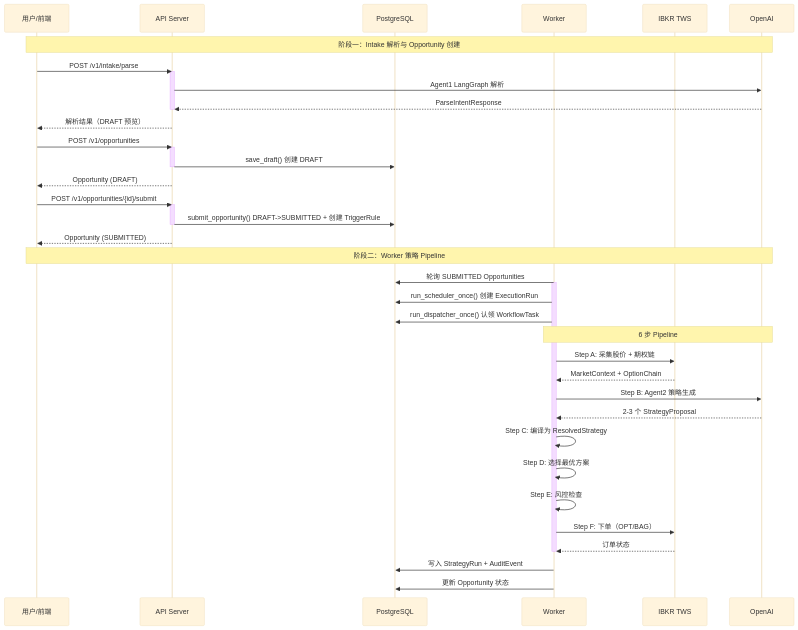
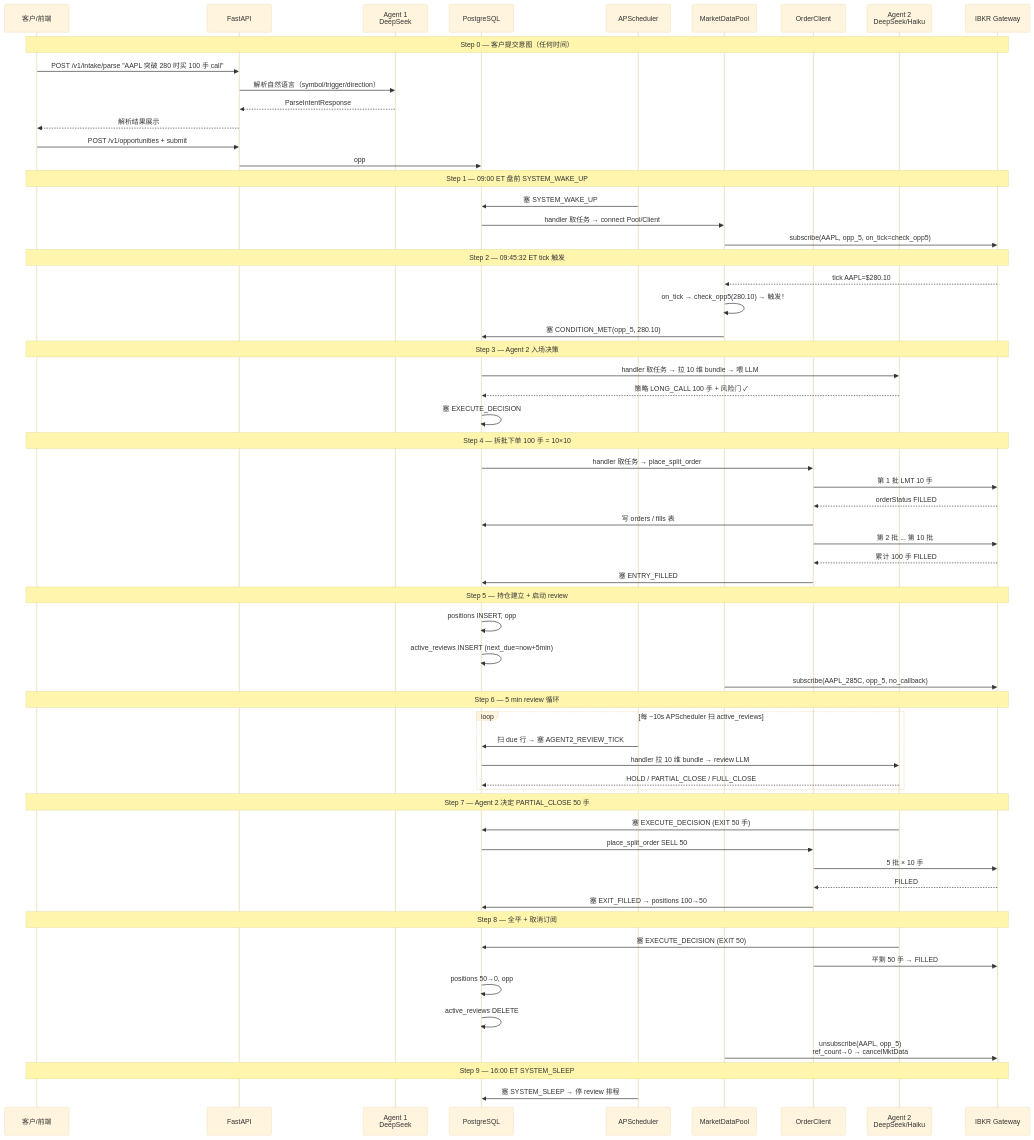
One commit to ChunmiaoYu/Projects-Wiki changed the second of 2 diagrams in docs/options-trader/02_architecture.md. Above: the diagram before and after it, drawn with Mermaid (base theme). The commit also changed other lines of this file and 8 other files, not shown here.

````diff
--- a/docs/options-trader/02_architecture.md
+++ b/docs/options-trader/02_architecture.md
@@ -160,56 +290,73 @@
 ```mermaid
 sequenceDiagram
-    participant U as 用户/前端
-    participant API as API Server
+    participant U as 客户/前端
+    participant API as FastAPI
+    participant A1 as Agent 1<br/>DeepSeek
     participant DB as PostgreSQL
-    participant W as Worker
-    participant IBKR as IBKR TWS
-    participant AI as OpenAI
+    participant APS as APScheduler
+    participant MDP as MarketDataPool
+    participant OC as OrderClient
+    participant A2 as Agent 2<br/>DeepSeek/Haiku
+    participant IBKR as IBKR Gateway
 
-    Note over U,AI: 阶段一：Intake 解析与 Opportunity 创建
+    Note over U,IBKR: Step 0 — 客户提交意图（任何时间）
+    U->>API: POST /v1/intake/parse "AAPL 突破 280 时买 100 手 call"
+    API->>A1: 解析自然语言（symbol/trigger/direction）
+    A1-->>API: ParseIntentResponse
+    API-->>U: 解析结果展示
+    U->>API: POST /v1/opportunities + submit
+    API->>DB: opp #5 INSERT (status=ACTIVE_MONITORING)
 
-    U->>API: POST /v1/intake/parse
-    activate API
-    API->>AI: Agent1 LangGraph 解析
-    AI-->>API: ParseIntentResponse
-    deactivate API
-    API-->>U: 解析结果（DRAFT 预览）
+    Note over U,IBKR: Step 1 — 09:00 ET 盘前 SYSTEM_WAKE_UP
+    APS->>DB: 塞 SYSTEM_WAKE_UP
+    DB->>MDP: handler 取任务 → connect Pool/Client
+    MDP->>IBKR: subscribe(AAPL, opp_5, on_tick=check_opp5)
 
-    U->>API: POST /v1/opportunities
-    activate API
-    API->>DB: save_draft() 创建 DRAFT
-    deactivate API
-    API-->>U: Opportunity (DRAFT)
+    Note over U,IBKR: Step 2 — 09:45:32 ET tick 触发
+    IBKR-->>MDP: tick AAPL=$280.10
+    MDP->>MDP: on_tick → check_opp5(280.10) → 触发！
+    MDP->>DB: 塞 CONDITION_MET(opp_5, 280.10)
 
-    U->>API: POST /v1/opportunities/{id}/submit
-    activate API
-    API->>DB: submit_opportunity() DRAFT->SUBMITTED + 创建 TriggerRule
-    deactivate API
-    API-->>U: Opportunity (SUBMITTED)
+    Note over U,IBKR: Step 3 — Agent 2 入场决策
+    DB->>A2: handler 取任务 → 拉 10 维 bundle → 喂 LLM
+    A2-->>DB: 策略 LONG_CALL 100 手 + 风险门 ✓
+    DB->>DB: 塞 EXECUTE_DECISION
 
-    Note over U,AI: 阶段二：Worker 策略 Pipeline
+    Note over U,IBKR: Step 4 — 拆批下单 100 手 = 10×10
+    DB->>OC: handler 取任务 → place_split_order
+    OC->>IBKR: 第 1 批 LMT 10 手
+    IBKR-->>OC: orderStatus FILLED
+    OC->>DB: 写 orders / fills 表
+    OC->>IBKR: 第 2 批 ... 第 10 批
+    IBKR-->>OC: 累计 100 手 FILLED
+    OC->>DB: 塞 ENTRY_FILLED
 
-    W->>DB: 轮询 SUBMITTED Opportunities
-    activate W
-    W->>DB: run_scheduler_once() 创建 ExecutionRun
-    W->>DB: run_dispatcher_once() 认领 WorkflowTask
+    Note over U,IBKR: Step 5 — 持仓建立 + 启动 review
+    DB->>DB: positions INSERT, opp #5 → HOLDING
+    DB->>DB: active_reviews INSERT (next_due=now+5min)
+    MDP->>IBKR: subscribe(AAPL_285C, opp_5, no_callback)
 
-    Note over W,AI: 6 步 Pipeline
+    Note over U,IBKR: Step 6 — 5 min review 循环
+    loop 每 ~10s APScheduler 扫 active_reviews
+        APS->>DB: 扫 due 行 → 塞 AGENT2_REVIEW_TICK
+        DB->>A2: handler 拉 10 维 bundle → review LLM
+        A2-->>DB: HOLD / PARTIAL_CLOSE / FULL_CLOSE
+    end
 
-    W->>IBKR: Step A: 采集股价 + 期权链
-    IBKR-->>W: MarketContext + OptionChain
+    Note over U,IBKR: Step 7 — Agent 2 决定 PARTIAL_CLOSE 50 手
+    A2->>DB: 塞 EXECUTE_DECISION (EXIT 50 手)
+    DB->>OC: place_split_order SELL 50
+    OC->>IBKR: 5 批 × 10 手
+    IBKR-->>OC: FILLED
+    OC->>DB: 塞 EXIT_FILLED → positions 100→50
 
-    W->>AI: Step B: Agent2 策略生成
-    AI-->>W: 2-3 个 StrategyProposal
+    Note over U,IBKR: Step 8 — 全平 + 取消订阅
+    A2->>DB: 塞 EXECUTE_DECISION (EXIT 50)
+    OC->>IBKR: 平剩 50 手 → FILLED
+    DB->>DB: positions 50→0, opp #5 → COMPLETED
+    DB->>DB: active_reviews DELETE
+    MDP->>IBKR: unsubscribe(AAPL, opp_5)<br/>ref_count→0 → cancelMktData
 
-    W->>W: Step C: 编译为 ResolvedStrategy
-    W->>W: Step D: 选择最优方案
-    W->>W: Step E: 风控检查
-
-    W->>IBKR: Step F: 下单（OPT/BAG）
-    IBKR-->>W: 订单状态
-    deactivate W
-
-    W->>DB: 写入 StrategyRun + AuditEvent
-    W->>DB: 更新 Opportunity 状态
+    Note over U,IBKR: Step 9 — 16:00 ET SYSTEM_SLEEP
+    APS->>DB: 塞 SYSTEM_SLEEP → 停 review 排程
 ```
````
